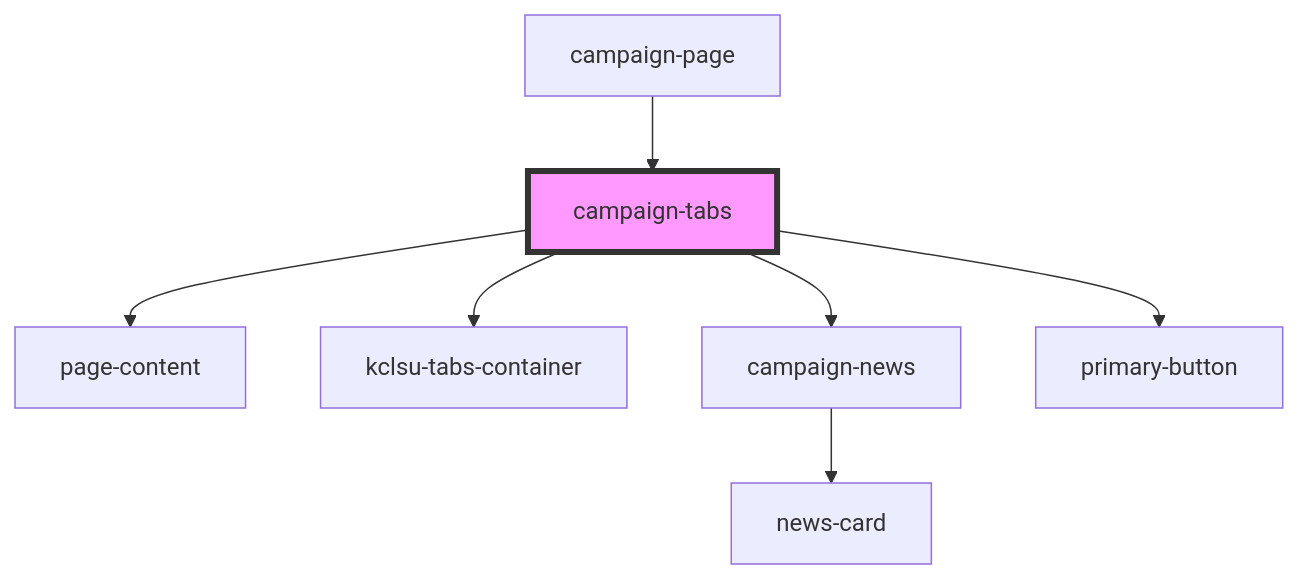
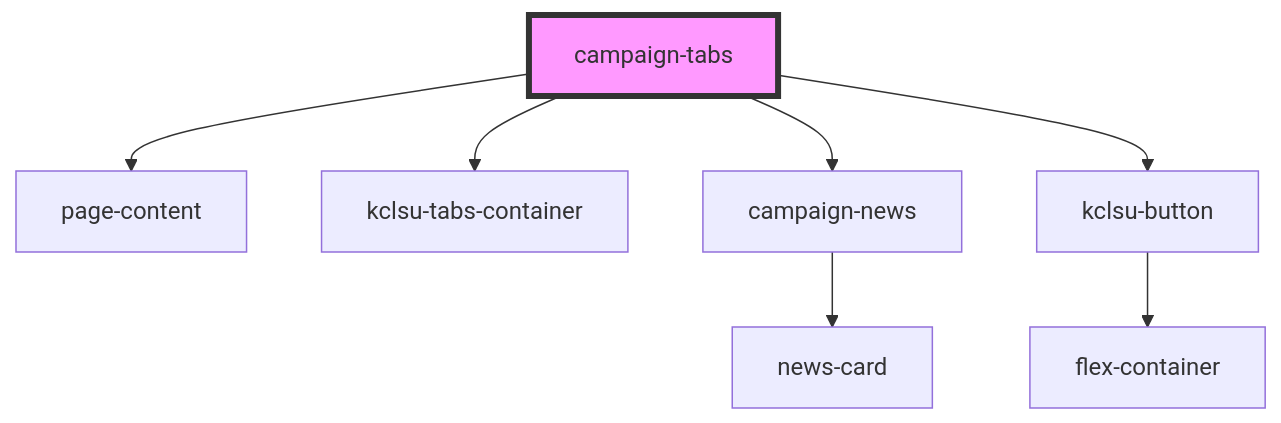
The diagram in src/components/projects/campaigns/campaign-tabs/readme.md (dev-kylo/component_library), drawn with Mermaid before and after one commit. The commit also changed other lines of this file and 16 other files, not shown here.

````diff
--- a/src/components/projects/campaigns/campaign-tabs/readme.md
+++ b/src/components/projects/campaigns/campaign-tabs/readme.md
@@ -32,10 +27,10 @@
 ```mermaid
 graph TD;
   campaign-tabs --> page-content
   campaign-tabs --> kclsu-tabs-container
   campaign-tabs --> campaign-news
-  campaign-tabs --> primary-button
+  campaign-tabs --> kclsu-button
   campaign-news --> news-card
-  campaign-page --> campaign-tabs
+  kclsu-button --> flex-container
   style campaign-tabs fill:#f9f,stroke:#333,stroke-width:4px
 ```
````
